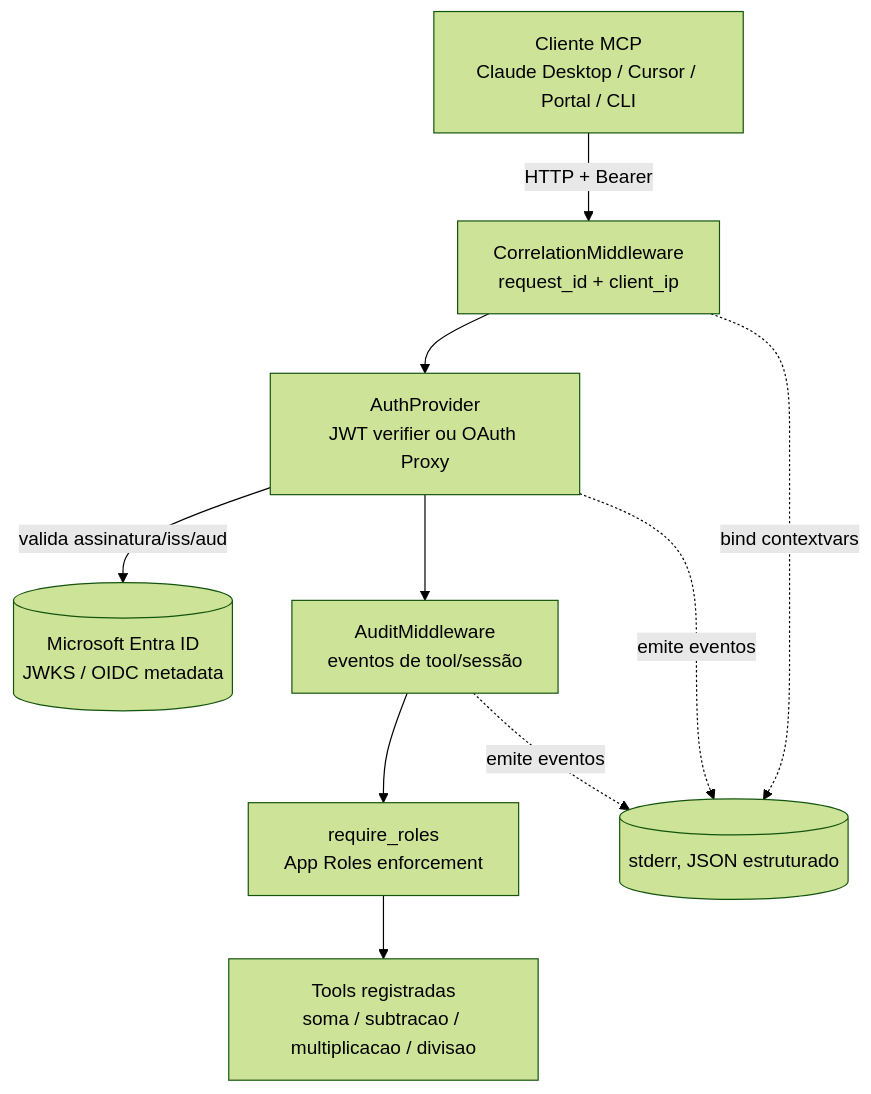
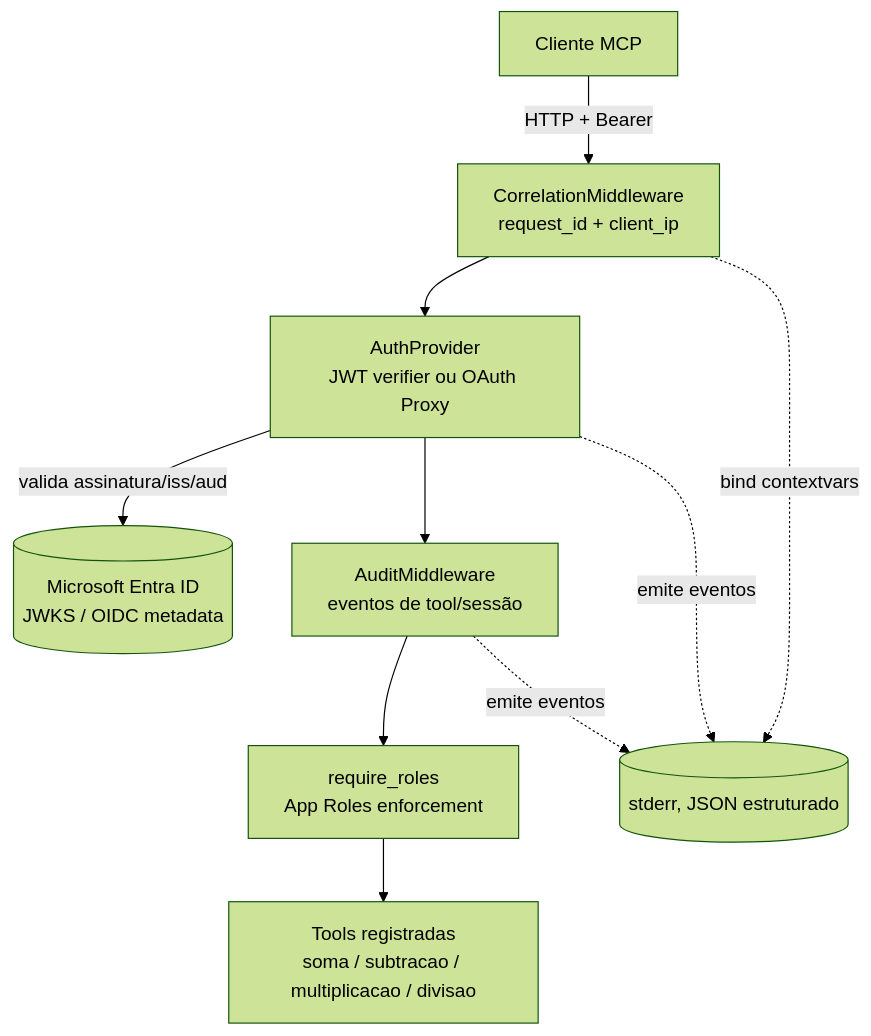
Before and after one commit to thiagorufino1/fastmcp-auth-entraid: the first of 3 diagrams in README.md, drawn with Mermaid (forest theme). The commit also changed other lines of this file and 3 other files, not shown here.

````diff
--- a/README.md
+++ b/README.md
@@ -77,21 +69,21 @@
 ```mermaid
 flowchart TD
-    Client[Cliente MCP<br/>Claude Desktop / Cursor / Portal / CLI]
+    Client[Cliente MCP]
     Correlation[CorrelationMiddleware<br/>request_id + client_ip]
     Auth[AuthProvider<br/>JWT verifier ou OAuth Proxy]
     Entra[(Microsoft Entra ID<br/>JWKS / OIDC metadata)]
     Audit[AuditMiddleware<br/>eventos de tool/sessão]
     Tools[Tools registradas<br/>soma / subtracao / multiplicacao / divisao]
     AuthCheck[require_roles<br/>App Roles enforcement]
     Logs[(stderr, JSON estruturado)]
 
     Client -- HTTP + Bearer --> Correlation
     Correlation --> Auth
     Auth -- valida assinatura/iss/aud --> Entra
     Auth --> Audit
     Audit --> AuthCheck
     AuthCheck --> Tools
     Correlation -. bind contextvars .-> Logs
     Audit -. emite eventos .-> Logs
     Auth -. emite eventos .-> Logs
 ```
````
